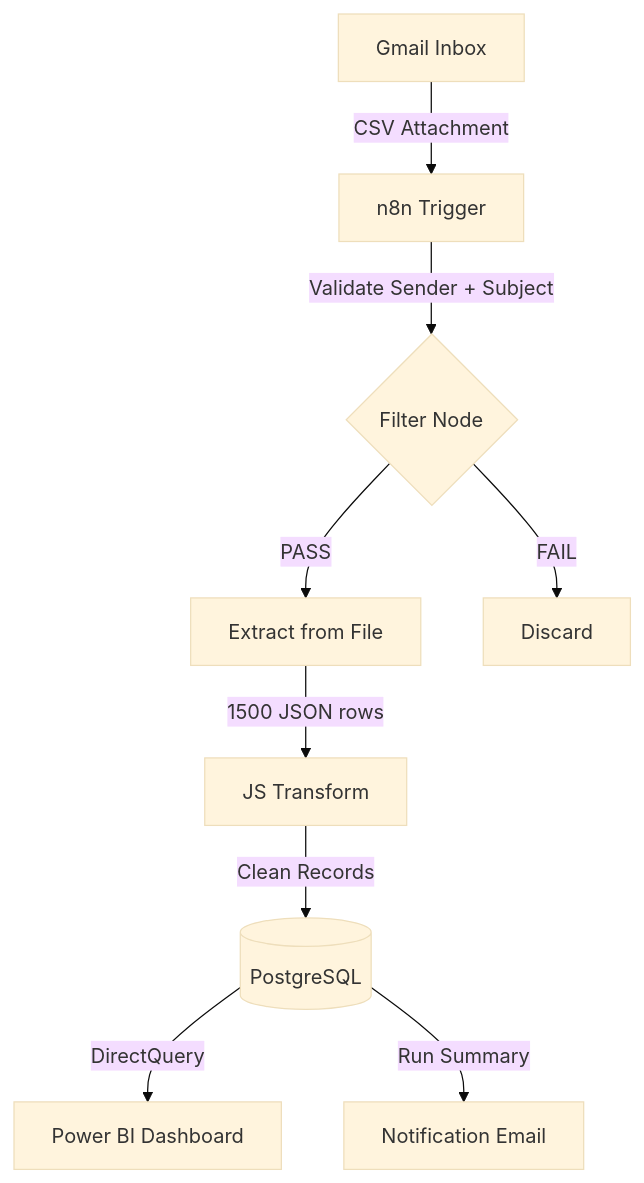
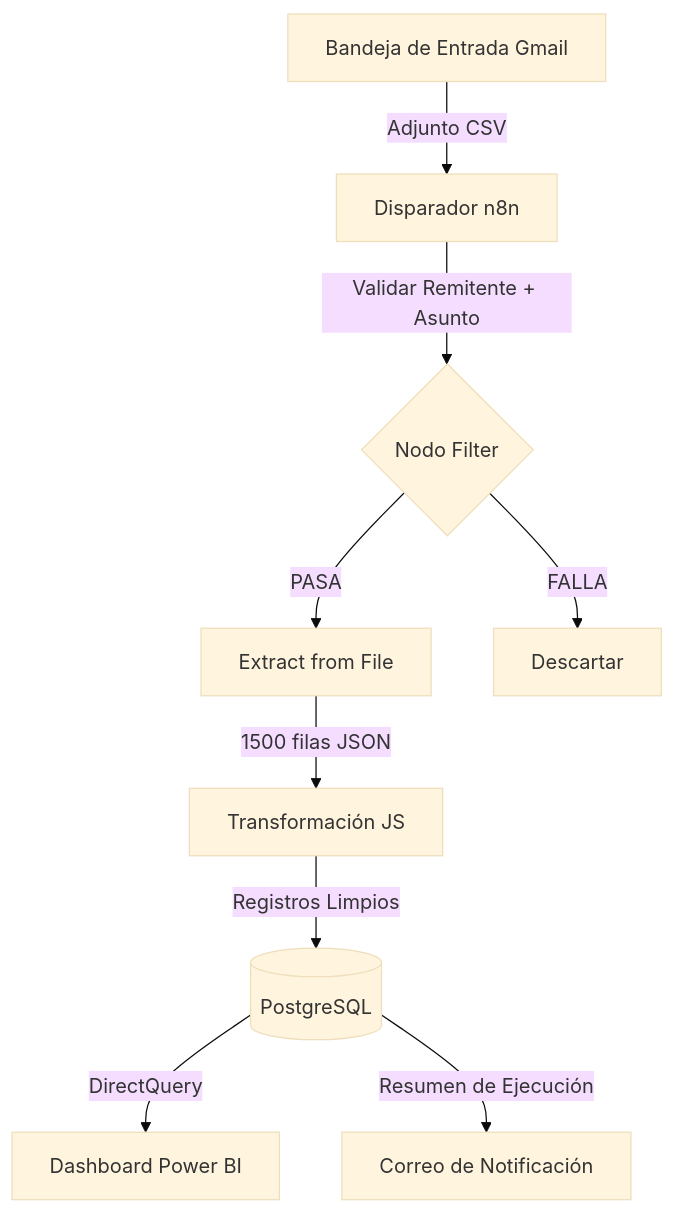
The diagram in README.md (cesarrabago/Automated-Business-Intelligence-ETL-Platform), drawn with Mermaid (base theme) before and after one commit. The commit also changed other lines of this file, not shown here.

````diff
--- a/README.md
+++ b/README.md
@@ -49,11 +50,11 @@
 ```mermaid
 graph TD
-    A[Gmail Inbox] -->|CSV Attachment| B[n8n Trigger]
-    B -->|Validate Sender + Subject| C{Filter Node}
-    C -->|PASS| D[Extract from File]
-    C -->|FAIL| X[Discard]
-    D -->|1500 JSON rows| E[JS Transform]
-    E -->|Clean Records| F[(PostgreSQL)]
-    F -->|DirectQuery| G[Power BI Dashboard]
-    F -->|Run Summary| H[Notification Email]
+    A[Bandeja de Entrada Gmail] -->|Adjunto CSV| B[Disparador n8n]
+    B -->|Validar Remitente + Asunto| C{Nodo Filter}
+    C -->|PASA| D[Extract from File]
+    C -->|FALLA| X[Descartar]
+    D -->|1500 filas JSON| E[Transformación JS]
+    E -->|Registros Limpios| F[(PostgreSQL)]
+    F -->|DirectQuery| G[Dashboard Power BI]
+    F -->|Resumen de Ejecución| H[Correo de Notificación]
 ```
````
